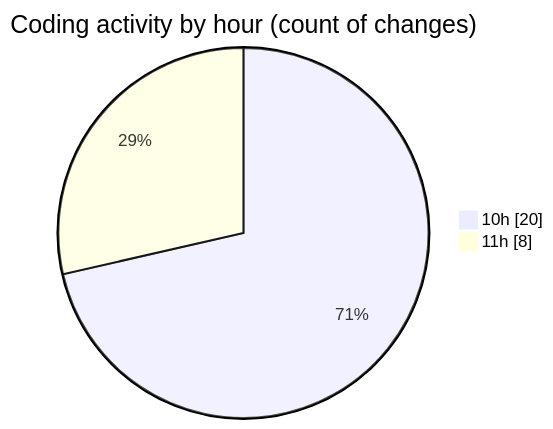
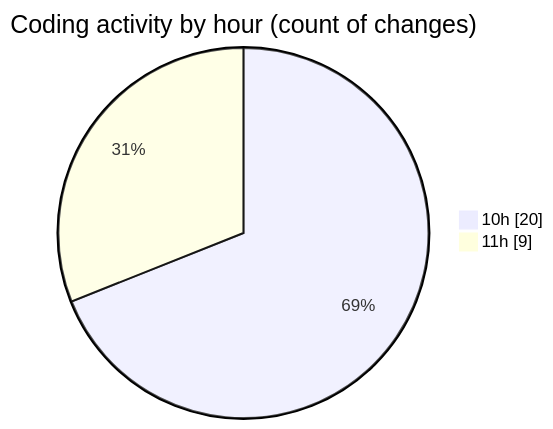
The second of 2 diagrams in 2025-07-28/cda/README.md (momahboobian/code-tracking), drawn with Mermaid before and after one commit. The commit also changed other lines of this file and 1 other file, not shown here.

````diff
--- a/2025-07-28/cda/README.md
+++ b/2025-07-28/cda/README.md
@@ -28,6 +28,6 @@
 ```mermaid
 pie showData
 title Coding activity by hour (count of changes)
 "10h" : 20
-"11h" : 8
+"11h" : 9
 ```
````
